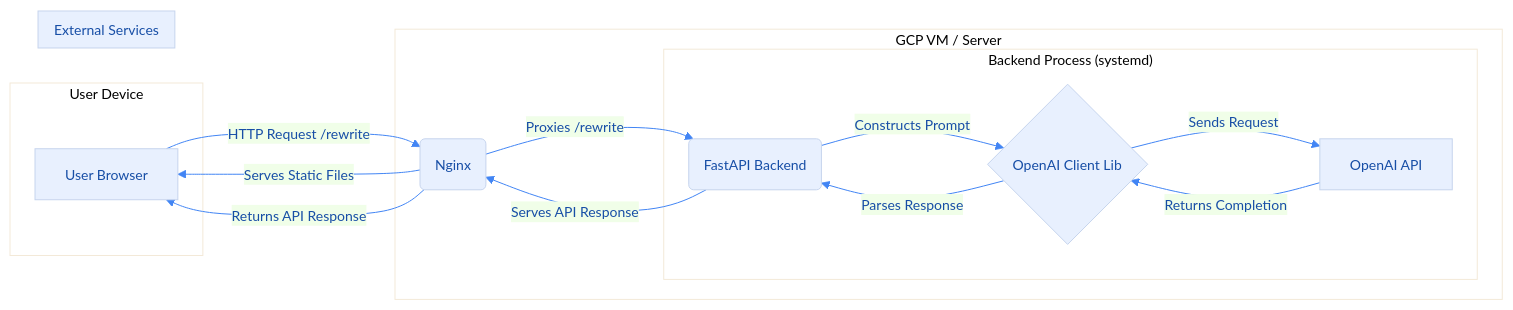
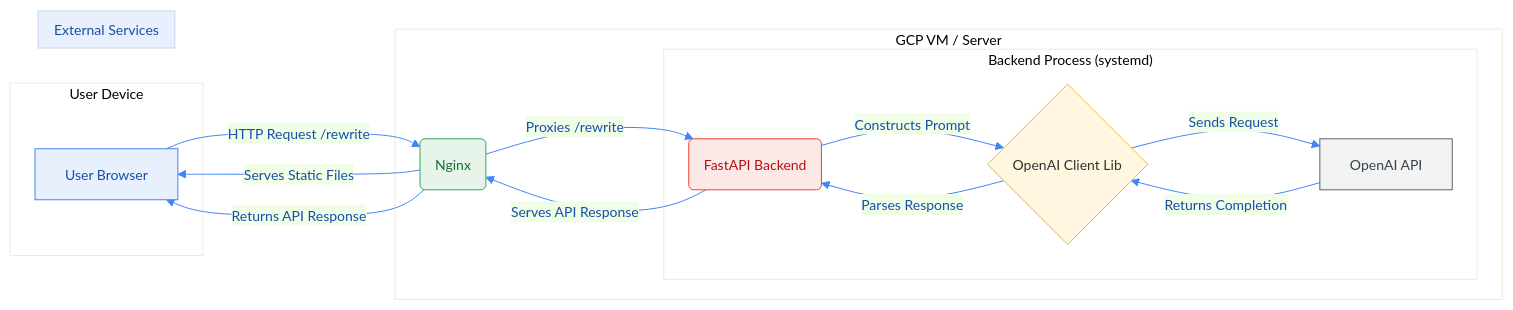
The diagram in README.md (Abhilekh-Talukdar/cross-cultural-email-assistant), drawn with Mermaid before and after one commit.

Commit message:
docs: preserve architecture diagram styling

````diff
--- a/README.md
+++ b/README.md
@@ -18,26 +18,32 @@
 ```mermaid
 %%{init: {'theme': 'base', 'themeVariables': { 'primaryColor': '#E8F0FE', 'primaryTextColor': '#174ea6', 'lineColor': '#4285F4', 'textColor': '#333', 'fontSize': '14px'}}}%%
 graph LR
     subgraph User Device
         A[User Browser]
     end
 
     subgraph GCP VM / Server
         B(Nginx) -- Serves Static Files --> A
         A -- HTTP Request /rewrite --> B
         B -- Proxies /rewrite --> C(FastAPI Backend);
         C -- Serves API Response --> B
         B -- Returns API Response --> A
 
         subgraph "Backend Process (systemd)"
             C -- Constructs Prompt --> D{OpenAI Client Lib};
             D -- Sends Request --> E[OpenAI API];
             E -- Returns Completion --> D;
             D -- Parses Response --> C;
         end
     end
 
     subgraph External Services
         E
     end
+
+    style A fill:#E8F0FE,stroke:#4285F4,stroke-width:1px,color:#174ea6
+    style B fill:#E6F4EA,stroke:#34A853,stroke-width:1px,color:#137333
+    style C fill:#FCE8E6,stroke:#EA4335,stroke-width:1px,color:#b31412
+    style D fill:#FFF7E0,stroke:#FBBC04,stroke-width:1px,color:#333
+    style E fill:#F1F3F4,stroke:#5F6368,stroke-width:1px,color:#3c4043
 ```
````
